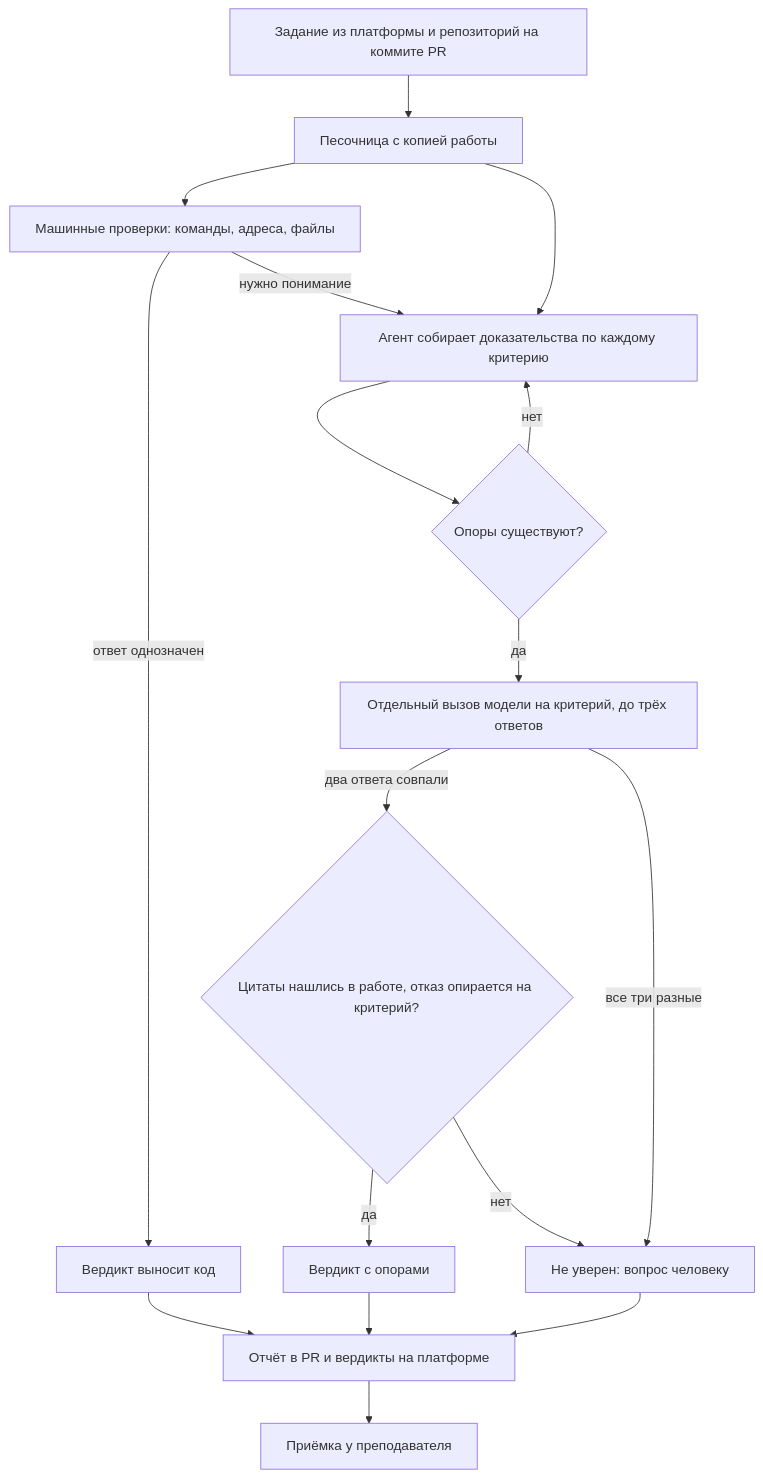
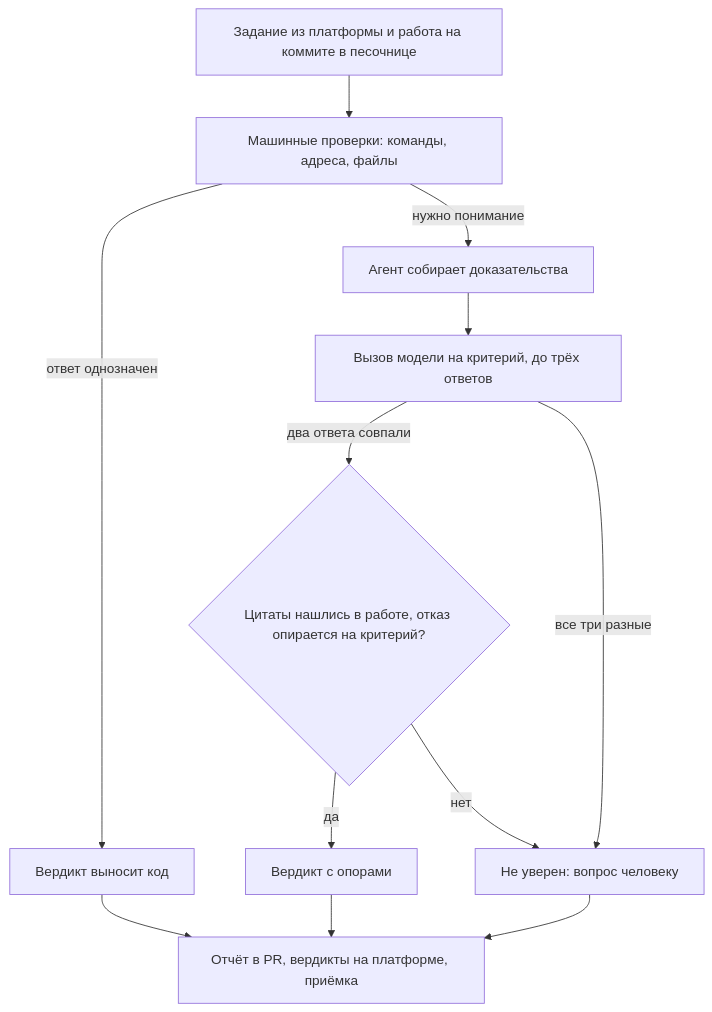
One commit to ChS23/mlsd-judge changed the fourth of 4 diagrams in docs/ml_system_design_doc.md. Above: the diagram before and after it, drawn with Mermaid. The commit also changed other lines of this file and 3 other files, not shown here.

First line of the commit message:
docs: меньше таблиц и схем, план работ списком

````diff
--- a/docs/ml_system_design_doc.md
+++ b/docs/ml_system_design_doc.md
@@ -473,20 +430,13 @@
 ```mermaid
-%%{init: {"flowchart": {"wrappingWidth": 360}}}%%
+%%{init: {"flowchart": {"wrappingWidth": 300}}}%%
 flowchart TB
-    IN[Задание из платформы и репозиторий на коммите PR] --> SB[Песочница с копией работы]
-    SB --> M[Машинные проверки: команды, адреса, файлы]
-    SB --> S[Агент собирает доказательства по каждому критерию]
+    IN[Задание из платформы и работа на коммите в песочнице] --> M[Машинные проверки: команды, адреса, файлы]
     M -->|ответ однозначен| VC[Вердикт выносит код]
-    M -->|нужно понимание| S
-    S --> CHK{Опоры существуют?}
-    CHK -->|нет| S
-    CHK -->|да| J[Отдельный вызов модели на критерий, до трёх ответов]
+    M -->|нужно понимание| S[Агент собирает доказательства]
+    S --> J[Вызов модели на критерий, до трёх ответов]
     J -->|два ответа совпали| RULE{Цитаты нашлись в работе, отказ опирается на критерий?}
     J -->|все три разные| U[Не уверен: вопрос человеку]
     RULE -->|да| V[Вердикт с опорами]
     RULE -->|нет| U
-    VC --> REP[Отчёт в PR и вердикты на платформе]
-    V --> REP
-    U --> REP
-    REP --> H[Приёмка у преподавателя]
+    VC & V & U --> REP[Отчёт в PR, вердикты на платформе, приёмка]
 ```
````
